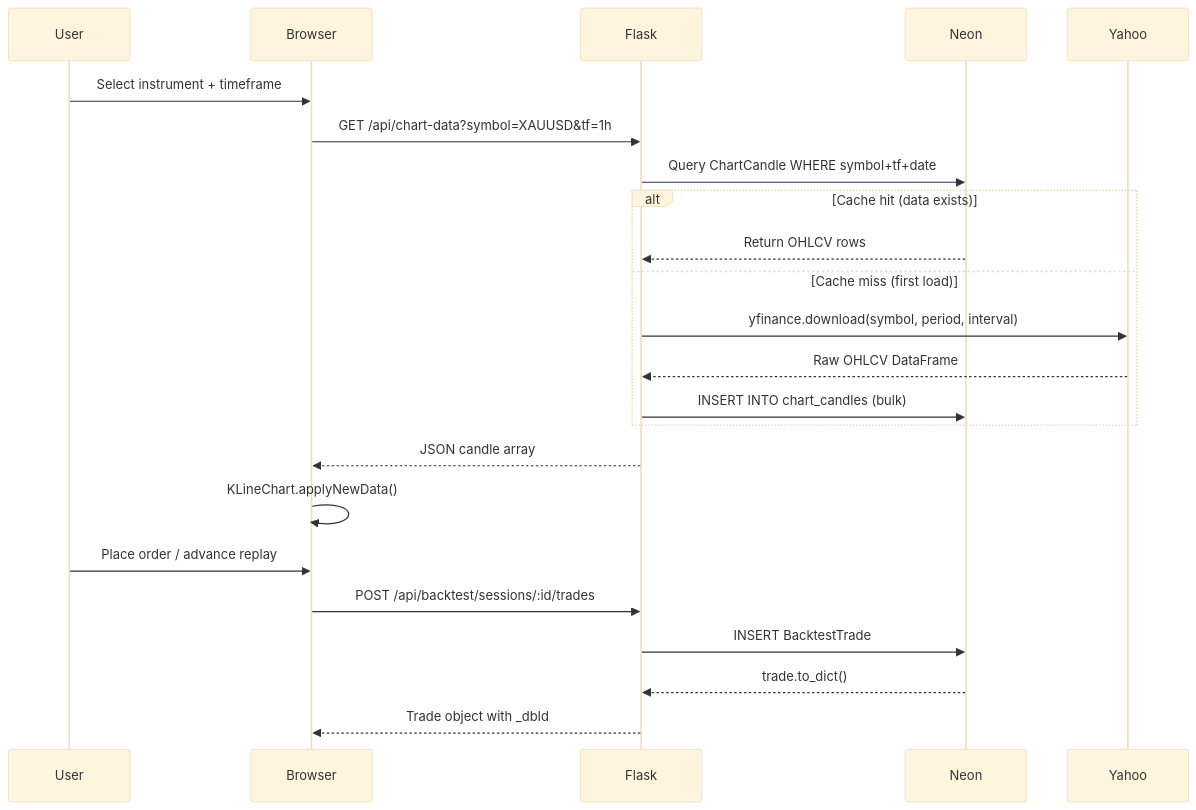
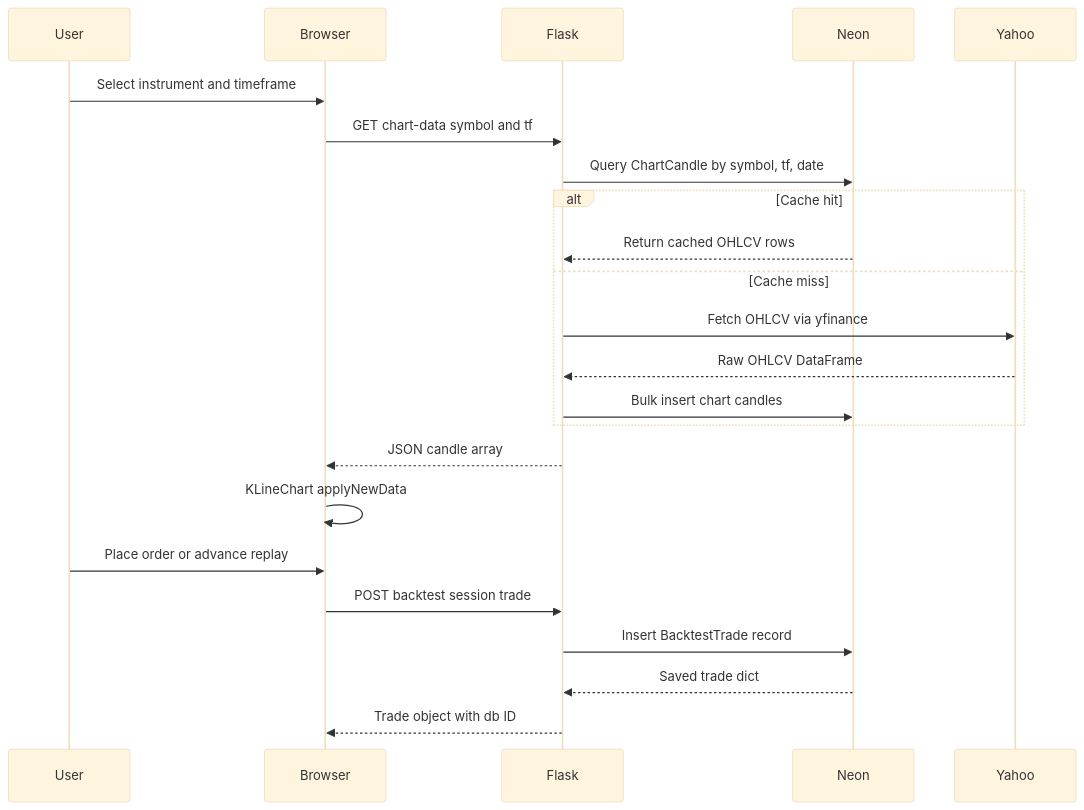
The third of 4 diagrams in README.md (nikhiljha97/tradejournal), drawn with Mermaid (base theme) before and after one commit. The commit also changed other lines of this file, not shown here.

Commit message:
fix: strip special chars from Mermaid labels — remove asterisks, ampersands, question marks, colon-id patterns

````diff
--- a/README.md
+++ b/README.md
@@ -152,26 +152,26 @@
 ```mermaid
 sequenceDiagram
     participant User
     participant Browser
     participant Flask
     participant Neon
     participant Yahoo
 
-    User->>Browser: Select instrument + timeframe
-    Browser->>Flask: GET /api/chart-data?symbol=XAUUSD&tf=1h
-    Flask->>Neon: Query ChartCandle WHERE symbol+tf+date
-    alt Cache hit (data exists)
-        Neon-->>Flask: Return OHLCV rows
-    else Cache miss (first load)
-        Flask->>Yahoo: yfinance.download(symbol, period, interval)
+    User->>Browser: Select instrument and timeframe
+    Browser->>Flask: GET chart-data symbol and tf
+    Flask->>Neon: Query ChartCandle by symbol, tf, date
+    alt Cache hit
+        Neon-->>Flask: Return cached OHLCV rows
+    else Cache miss
+        Flask->>Yahoo: Fetch OHLCV via yfinance
         Yahoo-->>Flask: Raw OHLCV DataFrame
-        Flask->>Neon: INSERT INTO chart_candles (bulk)
+        Flask->>Neon: Bulk insert chart candles
     end
     Flask-->>Browser: JSON candle array
-    Browser->>Browser: KLineChart.applyNewData()
-    User->>Browser: Place order / advance replay
-    Browser->>Flask: POST /api/backtest/sessions/:id/trades
-    Flask->>Neon: INSERT BacktestTrade
-    Neon-->>Flask: trade.to_dict()
-    Flask-->>Browser: Trade object with _dbId
+    Browser->>Browser: KLineChart applyNewData
+    User->>Browser: Place order or advance replay
+    Browser->>Flask: POST backtest session trade
+    Flask->>Neon: Insert BacktestTrade record
+    Neon-->>Flask: Saved trade dict
+    Flask-->>Browser: Trade object with db ID
 ```
````
